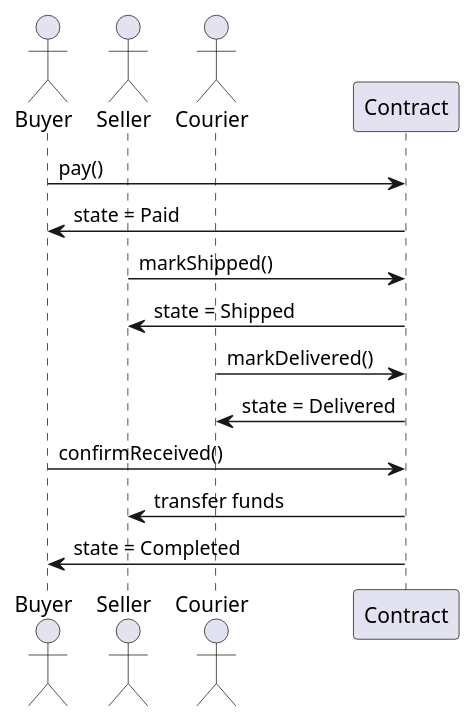
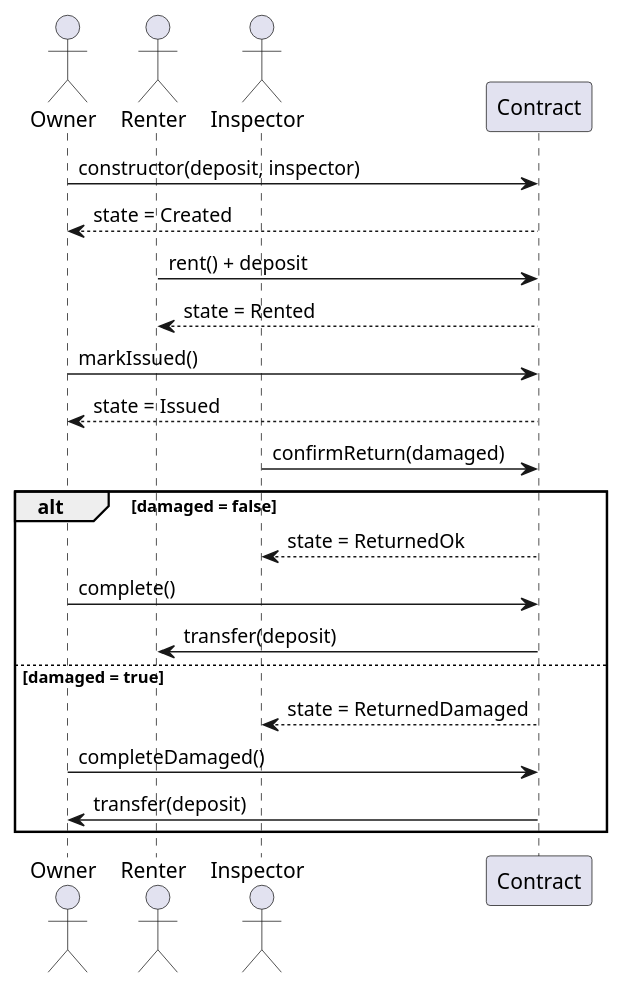
One commit to neduut/SmartContract changed the diagram in README.md. Above: the diagram before and after it, drawn with PlantUML. The commit also changed other lines of this file and 3 other files, not shown here.

````diff
--- a/README.md
+++ b/README.md
@@ -53,19 +96,28 @@
+```plantuml
 @startuml
-actor Buyer
-actor Seller
-actor Courier
+actor Owner
+actor Renter
+actor Inspector
 participant Contract
 
-Buyer -> Contract: pay()
-Contract -> Buyer: state = Paid
+Owner -> Contract: constructor(deposit, inspector)
+Contract --> Owner: state = Created
 
-Seller -> Contract: markShipped()
-Contract -> Seller: state = Shipped
+Renter -> Contract: rent() + deposit
+Contract --> Renter: state = Rented
 
-Courier -> Contract: markDelivered()
-Contract -> Courier: state = Delivered
+Owner -> Contract: markIssued()
+Contract --> Owner: state = Issued
 
-Buyer -> Contract: confirmReceived()
-Contract -> Seller: transfer funds
-Contract -> Buyer: state = Completed
+Inspector -> Contract: confirmReturn(damaged)
+alt damaged = false
+    Contract --> Inspector: state = ReturnedOk
+    Owner -> Contract: complete()
+    Contract -> Renter: transfer(deposit)
+else damaged = true
+    Contract --> Inspector: state = ReturnedDamaged
+    Owner -> Contract: completeDamaged()
+    Contract -> Owner: transfer(deposit)
+end
 @enduml
+```
````
